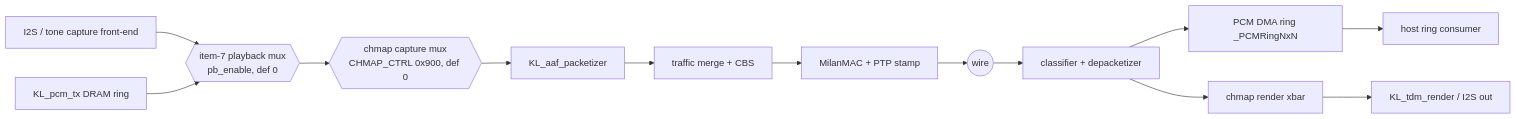
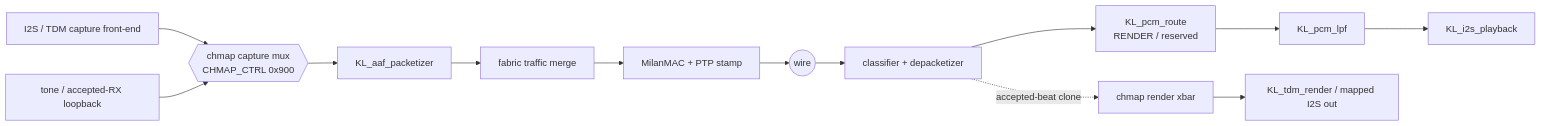
The diagram in docs/fpga/FPGA_DESIGN.md (kebag-logic/milan-fpga), drawn with Mermaid before and after one commit. The commit also changed other lines of this file and 377 other files, not shown here.

Commit message:
Finish bare-metal product and fabric gPTP ownership

````diff
--- a/docs/fpga/FPGA_DESIGN.md
+++ b/docs/fpga/FPGA_DESIGN.md
@@ -130,9 +129,9 @@
 ```mermaid
 flowchart LR
-    ADC[I2S / tone capture front-end] --> PB{{item-7 playback mux\npb_enable, def 0}}
-    RING[KL_pcm_tx DRAM ring] --> PB
-    PB --> CM{{chmap capture mux\nCHMAP_CTRL 0x900, def 0}}
-    CM --> PKT[KL_aaf_packetizer] --> MERGE[traffic merge + CBS] --> MAC[MilanMAC + PTP stamp] --> WIRE((wire))
-    WIRE --> RX[classifier + depacketizer] --> RB[PCM DMA ring _PCMRingNxN] --> CONS[host ring consumer]
-    RX --> XBAR[chmap render xbar] --> TDM[KL_tdm_render / I2S out]
+    ADC[I2S / TDM capture front-end] --> CM{{chmap capture mux\nCHMAP_CTRL 0x900}}
+    TONE[tone / accepted-RX loopback] --> CM
+    CM --> PKT[KL_aaf_packetizer] --> MERGE[fabric traffic merge] --> MAC[MilanMAC + PTP stamp] --> WIRE((wire))
+    WIRE --> RX[classifier + depacketizer] --> ROUTE[KL_pcm_route\nRENDER / reserved]
+    ROUTE --> LPF[KL_pcm_lpf] --> I2S[KL_i2s_playback]
+    RX -. accepted-beat clone .-> XBAR[chmap render xbar] --> TDM[KL_tdm_render / mapped I2S out]
 ```
````
